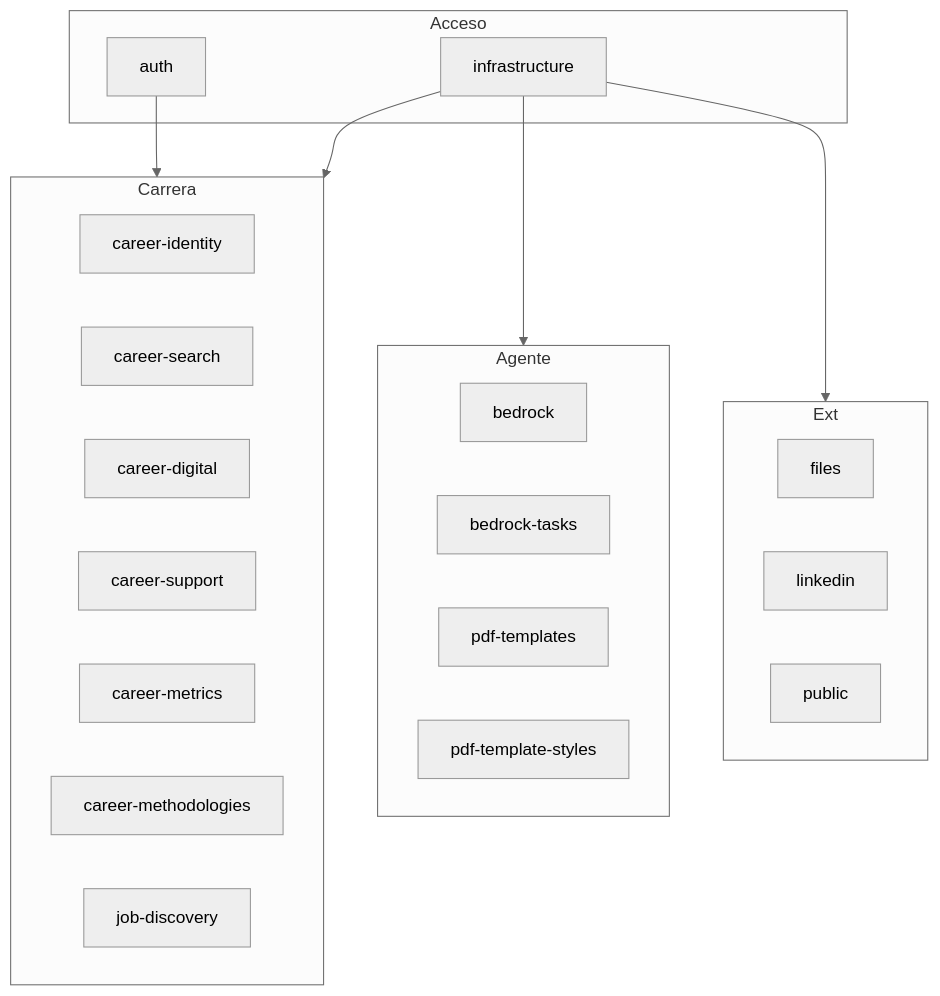
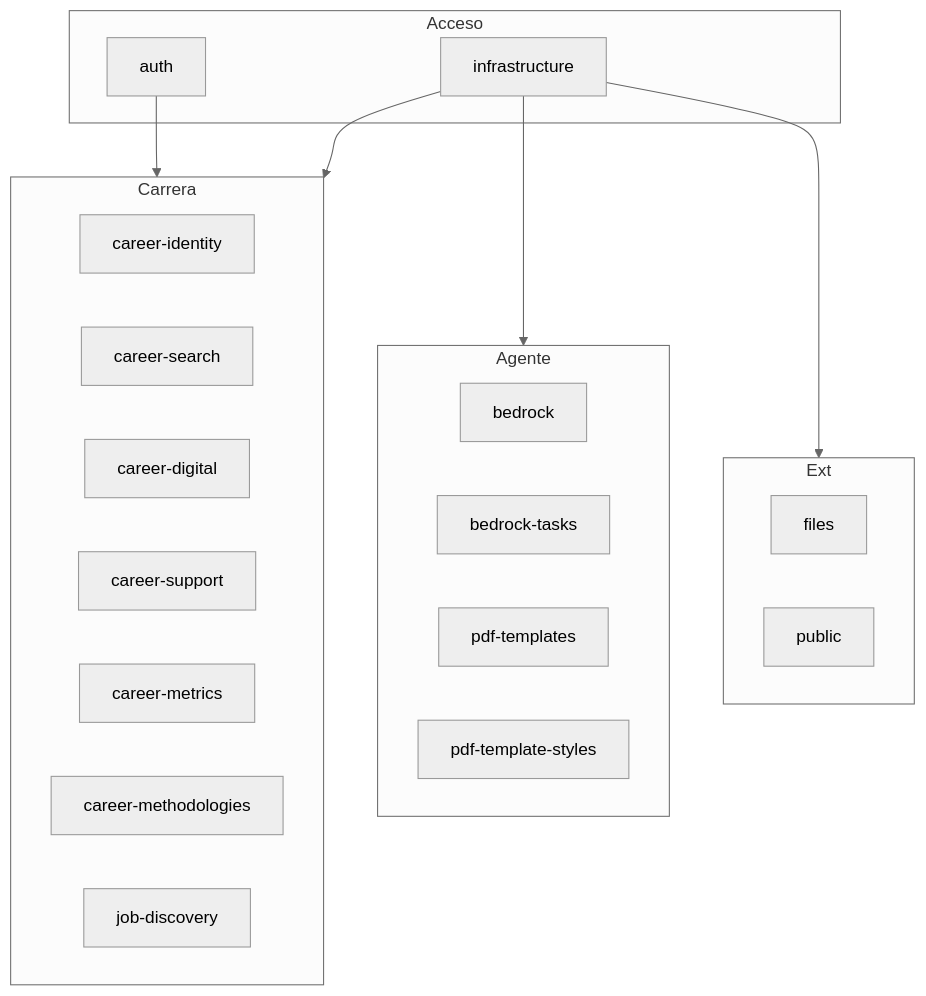
One commit to cjhirashi/cjhirashi-career changed the diagram in cjhirashi-career-api/docs/sections/README.md. Above: the diagram before and after it, drawn with Mermaid (neutral theme). The commit also changed other lines of this file and 59 other files, not shown here.

````diff
--- a/cjhirashi-career-api/docs/sections/README.md
+++ b/cjhirashi-career-api/docs/sections/README.md
@@ -7,31 +7,30 @@
 ```mermaid
 flowchart TB
     subgraph Acceso
         Auth[auth]
         Infra[infrastructure]
     end
     subgraph Carrera
         Ident[career-identity]
         Search[career-search]
         Digital[career-digital]
         Support[career-support]
         Metrics[career-metrics]
         Methods[career-methodologies]
         Jobs[job-discovery]
     end
     subgraph Agente
         Bedrock[bedrock]
         Tasks[bedrock-tasks]
         PDF[pdf-templates]
         Styles[pdf-template-styles]
     end
     subgraph Ext
         Files[files]
-        LI[linkedin]
         Public[public]
     end
     Auth --> Carrera
     Infra --> Carrera
     Infra --> Agente
     Infra --> Ext
 ```
````
